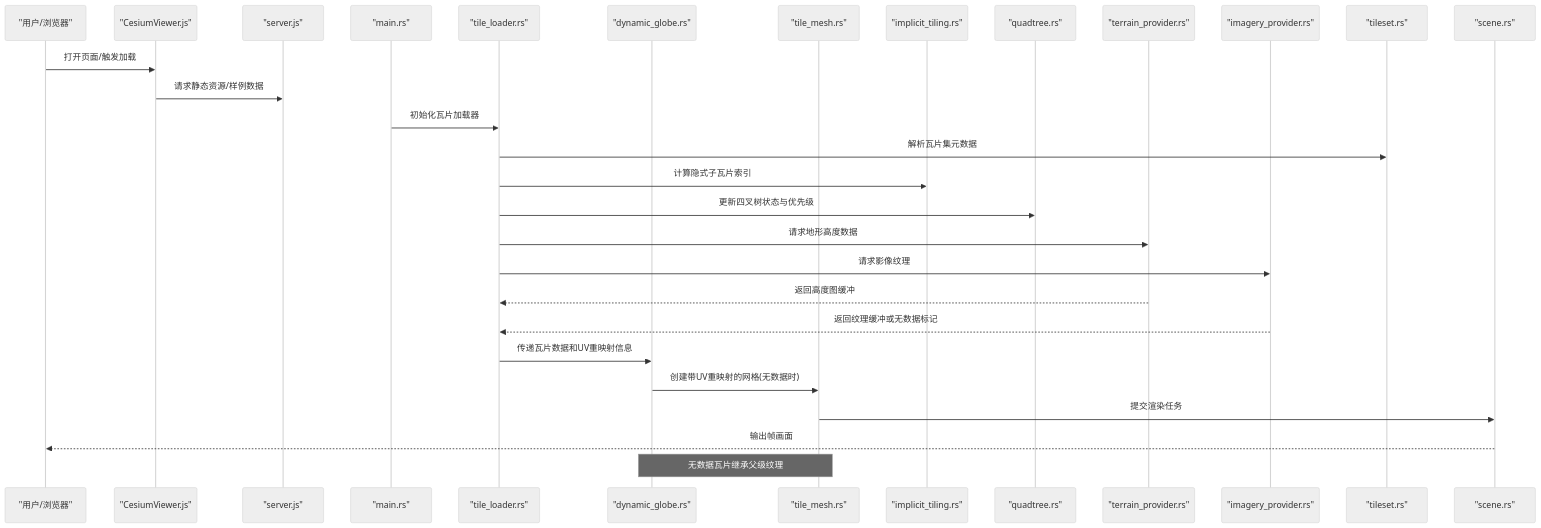
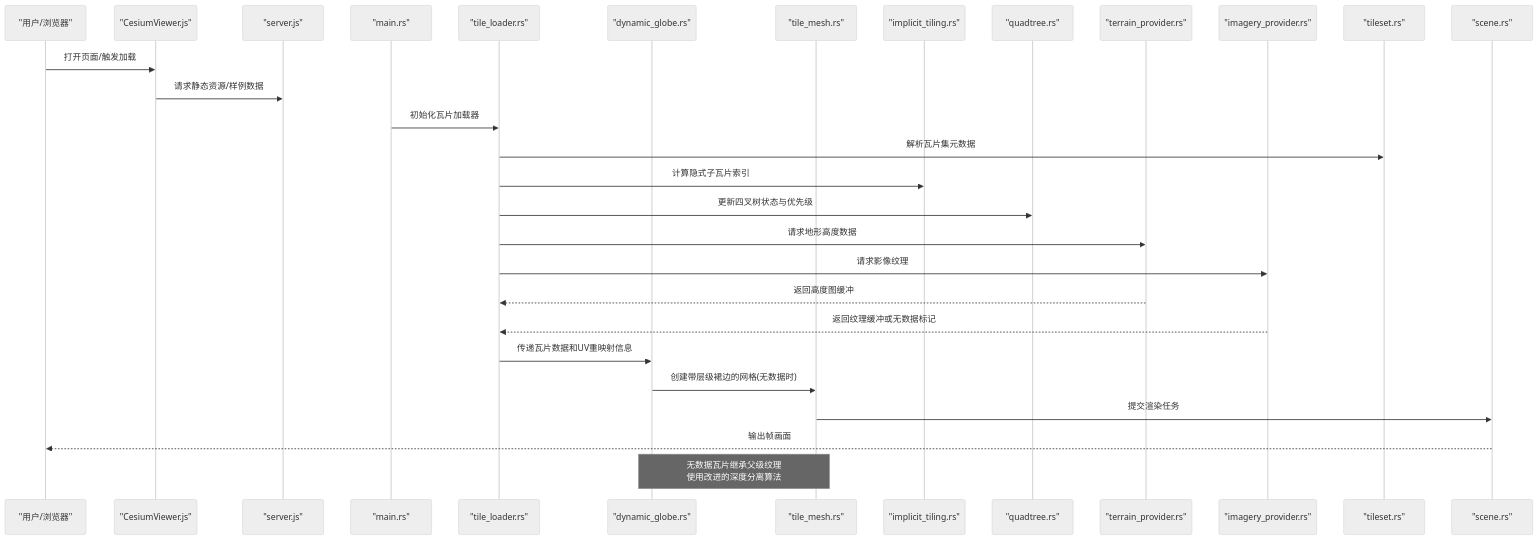
Before and after one commit to rzhangjing/cesium: the second of 8 diagrams in .qoder/repowiki/zh/content/项目概述/核心特性/3D数据格式支持/3D Tiles标准支持/瓦片网格生成.md, drawn with Mermaid (neutral theme). The commit also changed other lines of this file and 6 other files, not shown here.

````diff
--- a/.qoder/repowiki/zh/content/项目概述/核心特性/3D数据格式支持/3D Tiles标准支持/瓦片网格生成.md
+++ b/.qoder/repowiki/zh/content/项目概述/核心特性/3D数据格式支持/3D Tiles标准支持/瓦片网格生成.md
@@ -129,31 +129,31 @@
 ```mermaid
 sequenceDiagram
 participant U as "用户/浏览器"
 participant V as "CesiumViewer.js"
 participant S as "server.js"
 participant M as "main.rs"
 participant TL as "tile_loader.rs"
 participant DG as "dynamic_globe.rs"
 participant TM as "tile_mesh.rs"
 participant IT as "implicit_tiling.rs"
 participant QT as "quadtree.rs"
 participant TP as "terrain_provider.rs"
 participant IP as "imagery_provider.rs"
 participant TS as "tileset.rs"
 participant SC as "scene.rs"
 U->>V : 打开页面/触发加载
 V->>S : 请求静态资源/样例数据
 M->>TL : 初始化瓦片加载器
 TL->>TS : 解析瓦片集元数据
 TL->>IT : 计算隐式子瓦片索引
 TL->>QT : 更新四叉树状态与优先级
 TL->>TP : 请求地形高度数据
 TL->>IP : 请求影像纹理
 TP-->>TL : 返回高度图缓冲
 IP-->>TL : 返回纹理缓冲或无数据标记
 TL->>DG : 传递瓦片数据和UV重映射信息
-DG->>TM : 创建带UV重映射的网格(无数据时)
+DG->>TM : 创建带层级裙边的网格(无数据时)
 TM->>SC : 提交渲染任务
 SC-->>U : 输出帧画面
-Note over DG,TM : 无数据瓦片继承父级纹理
+Note over DG,TM : 无数据瓦片继承父级纹理<br/>使用改进的深度分离算法
 ```
````
